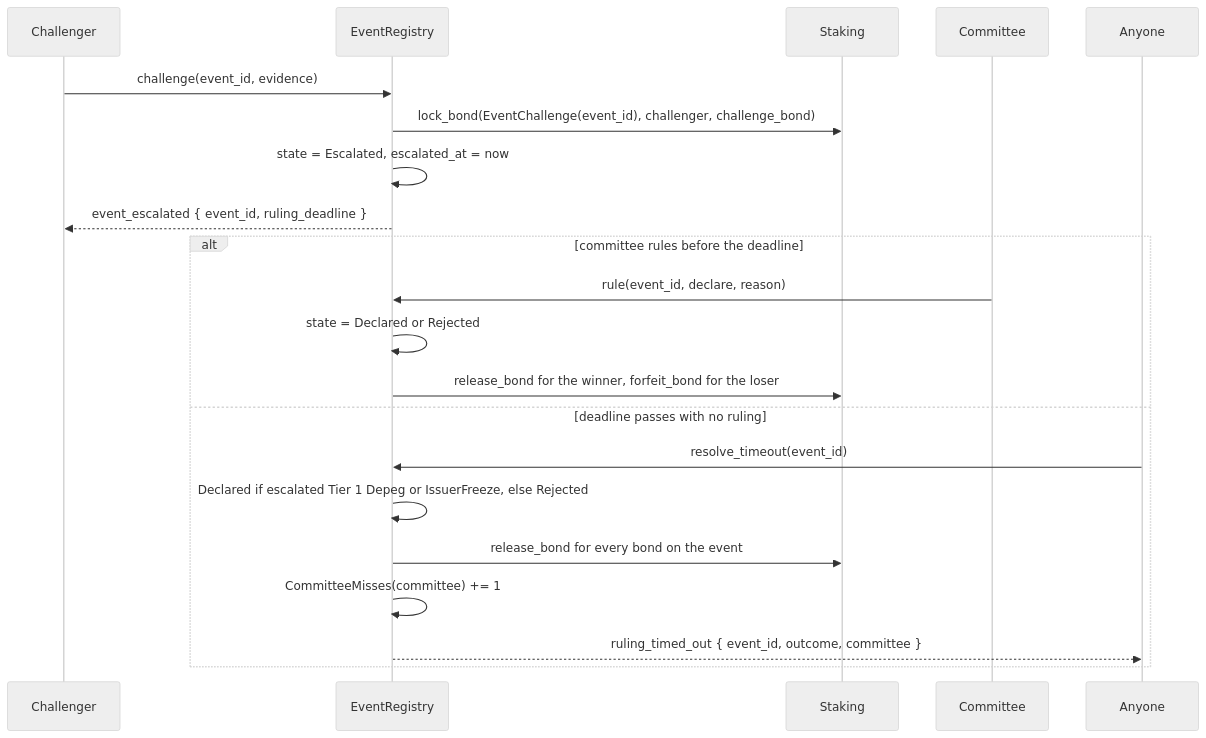
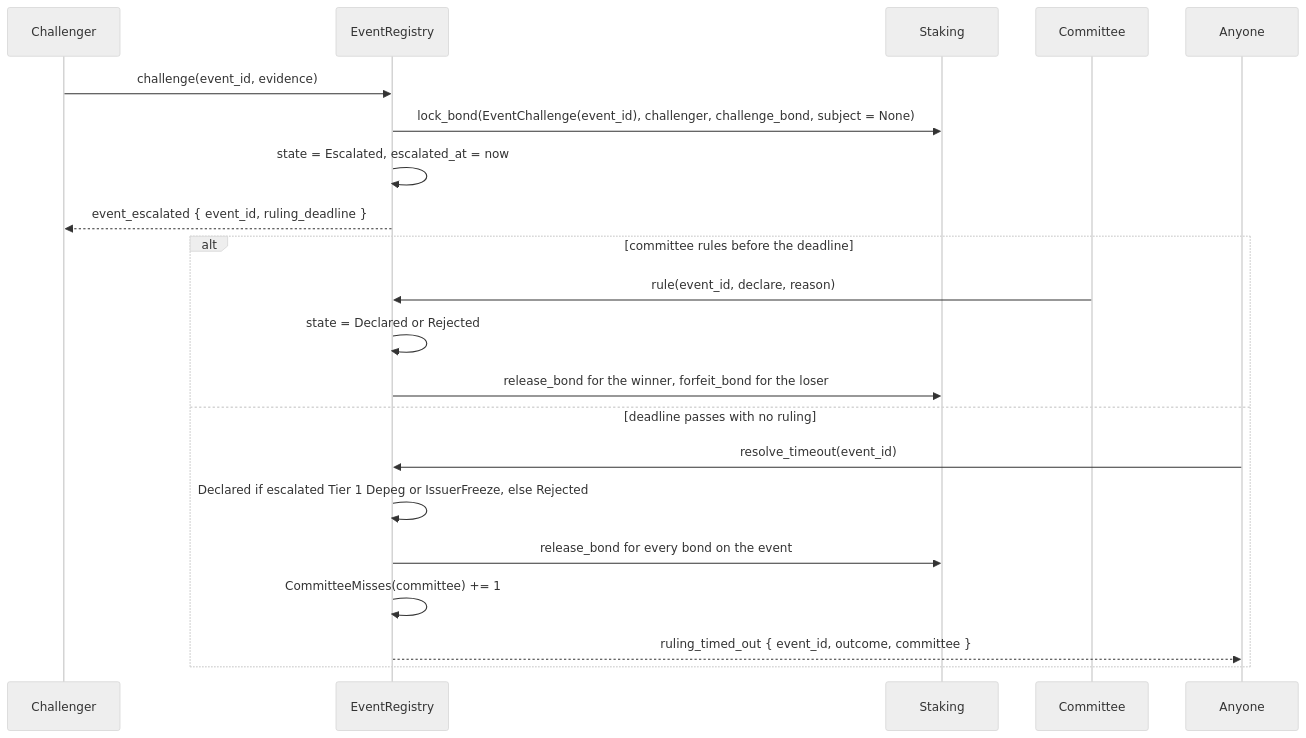
Before and after one commit to Sylox-labs/sylox: the ninth of 14 diagrams in technical-doc.md, drawn with Mermaid (neutral theme). The commit also changed other lines of this file and 1 other file, not shown here.

````diff
--- a/technical-doc.md
+++ b/technical-doc.md
@@ -1058,25 +1110,25 @@
 ```mermaid
 sequenceDiagram
   participant Challenger
   participant Registry as EventRegistry
   participant Staking
   participant Committee
   participant Anyone
 
   Challenger->>Registry: challenge(event_id, evidence)
-  Registry->>Staking: lock_bond(EventChallenge(event_id), challenger, challenge_bond)
+  Registry->>Staking: lock_bond(EventChallenge(event_id), challenger, challenge_bond, subject = None)
   Registry->>Registry: state = Escalated, escalated_at = now
   Registry-->>Challenger: event_escalated { event_id, ruling_deadline }
 
   alt committee rules before the deadline
     Committee->>Registry: rule(event_id, declare, reason)
     Registry->>Registry: state = Declared or Rejected
     Registry->>Staking: release_bond for the winner, forfeit_bond for the loser
   else deadline passes with no ruling
     Anyone->>Registry: resolve_timeout(event_id)
     Registry->>Registry: Declared if escalated Tier 1 Depeg or IssuerFreeze, else Rejected
     Registry->>Staking: release_bond for every bond on the event
     Registry->>Registry: CommitteeMisses(committee) += 1
     Registry-->>Anyone: ruling_timed_out { event_id, outcome, committee }
   end
 ```
````
